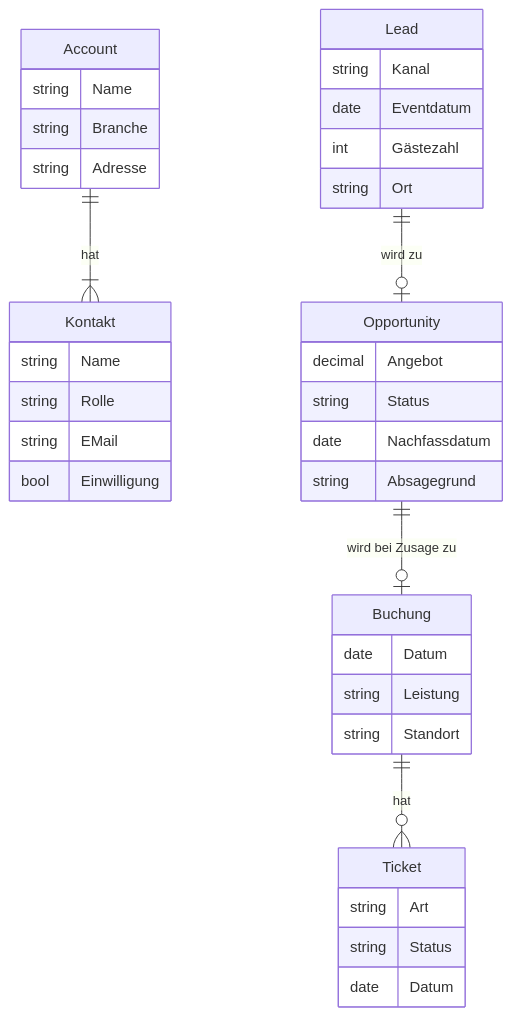
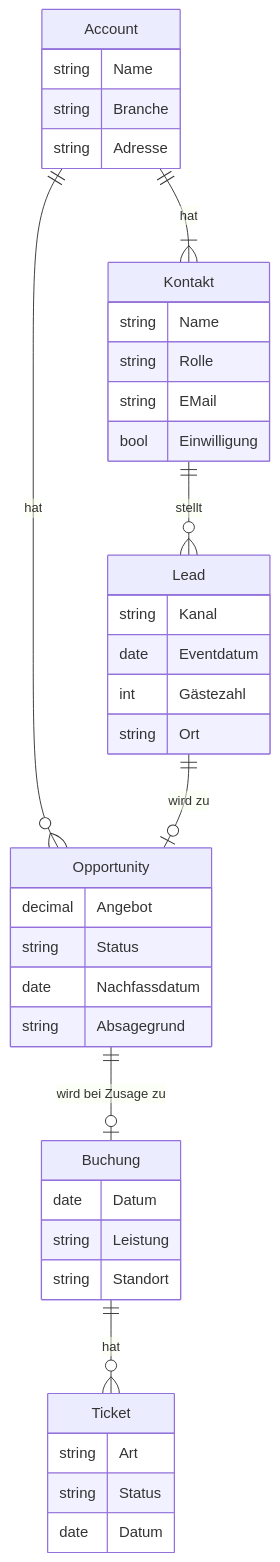
One commit to abdallahaneed/crm-fachkonzept changed the diagram in diagrams/datenmodell.mmd. Above: the diagram before and after it, drawn with Mermaid. The commit also changed 2 other files, not shown here.

Commit message:
Datenmodell: Lead und Opportunity mit Kontakt und Account verbunden

```diff
--- a/diagrams/datenmodell.mmd
+++ b/diagrams/datenmodell.mmd
@@ -1,38 +1,40 @@
 erDiagram
   Account ||--|{ Kontakt : hat
+  Kontakt ||--o{ Lead : stellt
+  Account ||--o{ Opportunity : hat
   Lead ||--o| Opportunity : "wird zu"
   Opportunity ||--o| Buchung : "wird bei Zusage zu"
   Buchung ||--o{ Ticket : hat
   Account {
     string Name
     string Branche
     string Adresse
   }
   Kontakt {
     string Name
     string Rolle
     string EMail
     bool Einwilligung
   }
   Lead {
     string Kanal
     date Eventdatum
     int Gästezahl
     string Ort
   }
   Opportunity {
     decimal Angebot
     string Status
     date Nachfassdatum
     string Absagegrund
   }
   Buchung {
     date Datum
     string Leistung
     string Standort
   }
   Ticket {
     string Art
     string Status
     date Datum
   }
```
